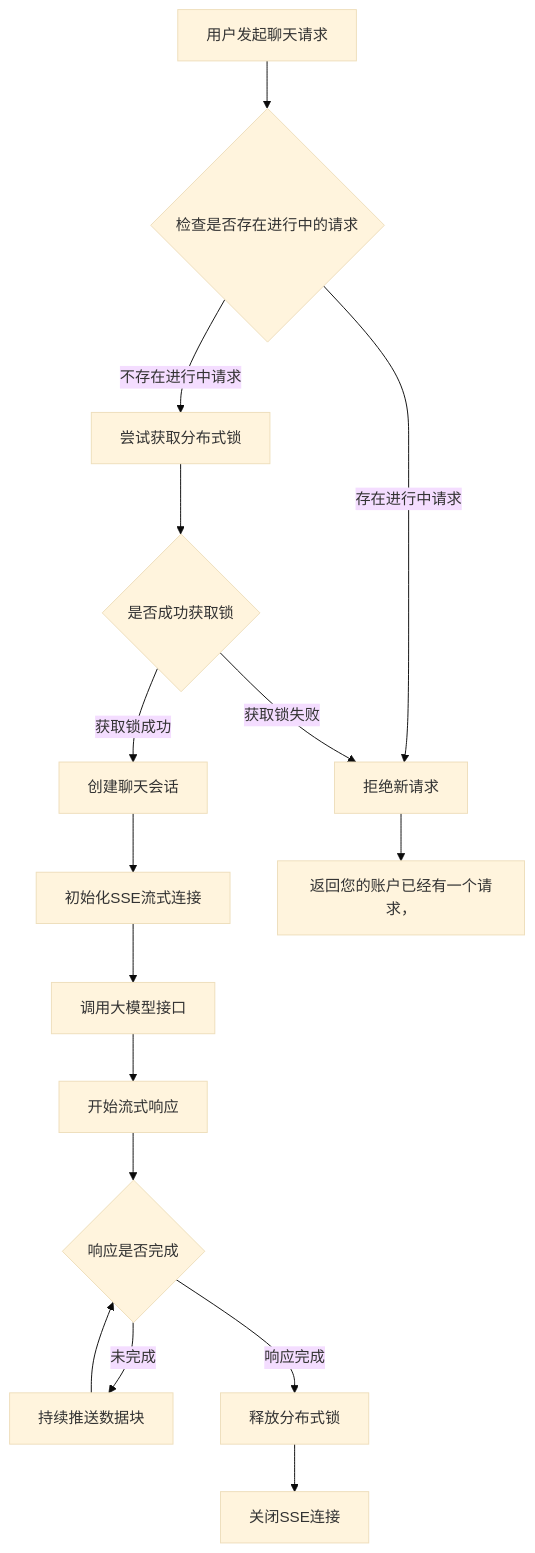
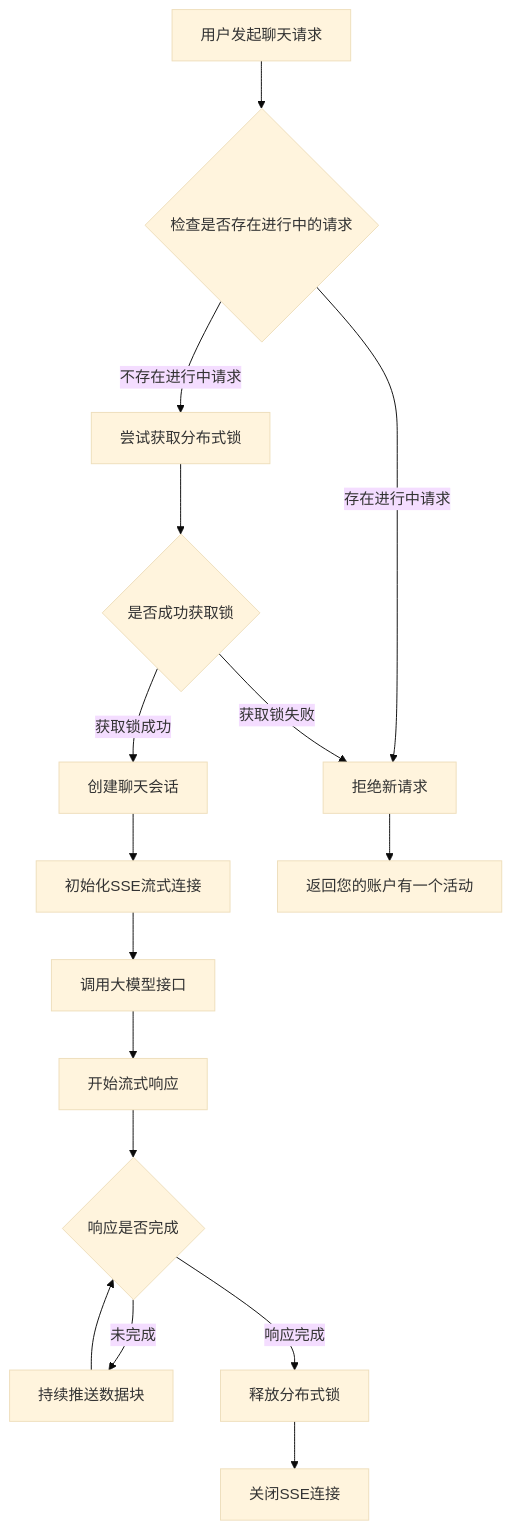
Before and after one commit to yingjianzh/iodraw-files: the diagram in all/chat单用户单请求-15.md, drawn with Mermaid (base theme).

Commit message:
2025-01-02 17:00:22 update

````diff
--- a/all/chat单用户单请求-15.md
+++ b/all/chat单用户单请求-15.md
@@ -1,23 +1,23 @@
 ```mermaid
 flowchart TD
     A[用户发起聊天请求] --> B{检查是否存在进行中的请求}
     B -->|存在进行中请求| C[拒绝新请求]
     B -->|不存在进行中请求| D[尝试获取分布式锁]
     
     D --> E{是否成功获取锁}
     E -->|获取锁成功| F[创建聊天会话]
     E -->|获取锁失败| C
     
     F --> G[初始化SSE流式连接]
     G --> H[调用大模型接口]
     H --> I[开始流式响应]
     
     I --> J{响应是否完成}
     J -->|未完成| K[持续推送数据块]
     K --> J
     
     J -->|响应完成| L[释放分布式锁]
     L --> M[关闭SSE连接]
     
-    C --> N[返回您的账户已经有一个请求，]
+    C --> N[返回您的账户有一个活动]
 ```
````
